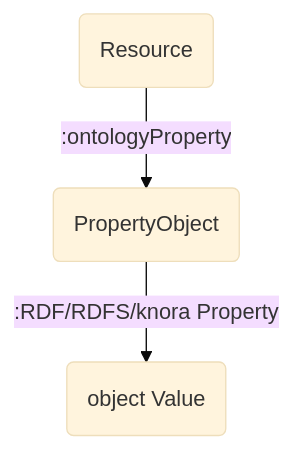
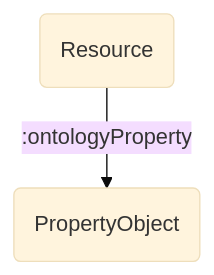
The second of 2 diagrams in docs/developers/decision-log.md (dasch-swiss/dsp-tools), drawn with Mermaid (base theme) before and after one commit.

Commit message:
Commit all changes

````diff
--- a/docs/developers/decision-log.md
+++ b/docs/developers/decision-log.md
@@ -31,5 +31,4 @@
 ```mermaid
 flowchart TD
     C(Resource) -->|:ontologyProperty| D(PropertyObject)
-    D -->|:RDF/RDFS/knora Property| E(object Value)
 ```
````
